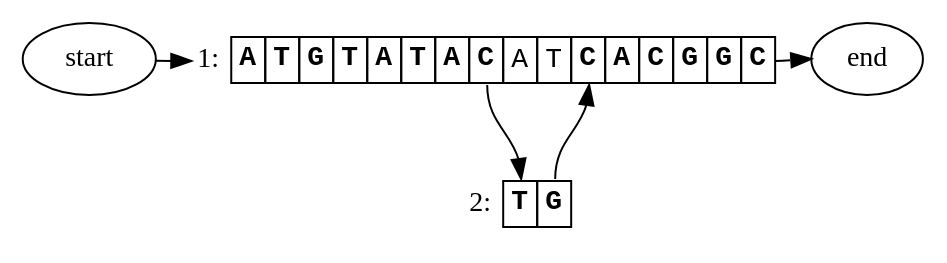
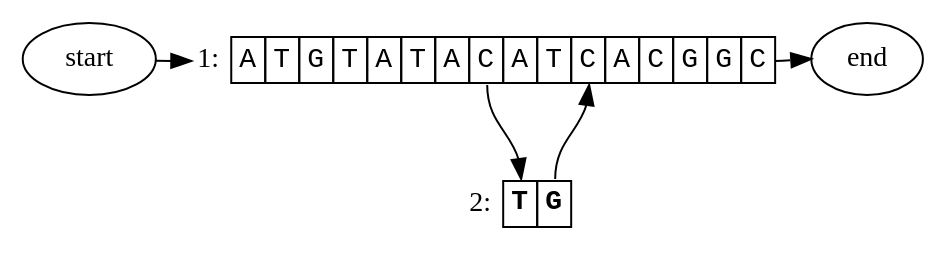
The diagram in docs/figures/figure_1.dot (ginkgobioworks/gen), drawn with Graphviz before and after one commit. The commit also changed 19 other files, not shown here.

```diff
--- a/docs/figures/figure_1.dot
+++ b/docs/figures/figure_1.dot
@@ -1,43 +1,43 @@
 digraph "" {
 	graph [fontnames=svg,
 		rankdir=TD,
 		splines=true
 	];
 	node [label="\N"];
 	start	[label=start];
-	1	[label=<<TABLE BORDER='0' CELLBORDER='1' CELLSPACING='0' CELLPADDING='3'><TR><TD BORDER='0' PORT='caption' ALIGN='right'>1:</TD><TD PORT='0'><FONT FACE='Monospace'><B>A</B></FONT></TD>
-<TD PORT='1'><FONT FACE='Monospace'><B>T</B></FONT></TD>
-<TD PORT='2'><FONT FACE='Monospace'><B>G</B></FONT></TD>
-<TD PORT='3'><FONT FACE='Monospace'><B>T</B></FONT></TD>
-<TD PORT='4'><FONT FACE='Monospace'><B>A</B></FONT></TD>
-<TD PORT='5'><FONT FACE='Monospace'><B>T</B></FONT></TD>
-<TD PORT='6'><FONT FACE='Monospace'><B>A</B></FONT></TD>
-<TD PORT='7'><FONT FACE='Monospace'><B>C</B></FONT></TD>
+	1	[label=<<TABLE BORDER='0' CELLBORDER='1' CELLSPACING='0' CELLPADDING='3'><TR><TD BORDER='0' PORT='caption' ALIGN='right'>1:</TD><TD PORT='0'><FONT FACE='Monospace'>A</FONT></TD>
+<TD PORT='1'><FONT FACE='Monospace'>T</FONT></TD>
+<TD PORT='2'><FONT FACE='Monospace'>G</FONT></TD>
+<TD PORT='3'><FONT FACE='Monospace'>T</FONT></TD>
+<TD PORT='4'><FONT FACE='Monospace'>A</FONT></TD>
+<TD PORT='5'><FONT FACE='Monospace'>T</FONT></TD>
+<TD PORT='6'><FONT FACE='Monospace'>A</FONT></TD>
+<TD PORT='7'><FONT FACE='Monospace'>C</FONT></TD>
 <TD PORT='8'><FONT FACE='Monospace'>A</FONT></TD>
 <TD PORT='9'><FONT FACE='Monospace'>T</FONT></TD>
-<TD PORT='10'><FONT FACE='Monospace'><B>C</B></FONT></TD>
-<TD PORT='11'><FONT FACE='Monospace'><B>A</B></FONT></TD>
-<TD PORT='12'><FONT FACE='Monospace'><B>C</B></FONT></TD>
-<TD PORT='13'><FONT FACE='Monospace'><B>G</B></FONT></TD>
-<TD PORT='14'><FONT FACE='Monospace'><B>G</B></FONT></TD>
-<TD PORT='15'><FONT FACE='Monospace'><B>C</B></FONT></TD></TR></TABLE>>,
+<TD PORT='10'><FONT FACE='Monospace'>C</FONT></TD>
+<TD PORT='11'><FONT FACE='Monospace'>A</FONT></TD>
+<TD PORT='12'><FONT FACE='Monospace'>C</FONT></TD>
+<TD PORT='13'><FONT FACE='Monospace'>G</FONT></TD>
+<TD PORT='14'><FONT FACE='Monospace'>G</FONT></TD>
+<TD PORT='15'><FONT FACE='Monospace'>C</FONT></TD></TR></TABLE>>,
 		margin=0,
 		shape=none];
 	start -> 1:caption	[key=0,
 		constraint=False,
 		to_pos=0];
 	2	[label=<<TABLE BORDER='0' CELLBORDER='1' CELLSPACING='0' CELLPADDING='3'><TR><TD BORDER='0' PORT='caption' ALIGN='right'>2:</TD><TD PORT='0'><FONT FACE='Monospace'><B>T</B></FONT></TD>
 <TD PORT='1'><FONT FACE='Monospace'><B>G</B></FONT></TD></TR></TABLE>>,
 		margin=0,
 		shape=none];
 	1:7 -> 2:0	[key=0,
 		from_pos=7,
 		to_pos=0];
 	end	[label=end];
 	1:15 -> end:w	[key=0,
 		constraint=False,
 		from_pos=15];
 	2:1 -> 1:10	[key=0,
 		from_pos=1,
 		to_pos=10];
 }
```
